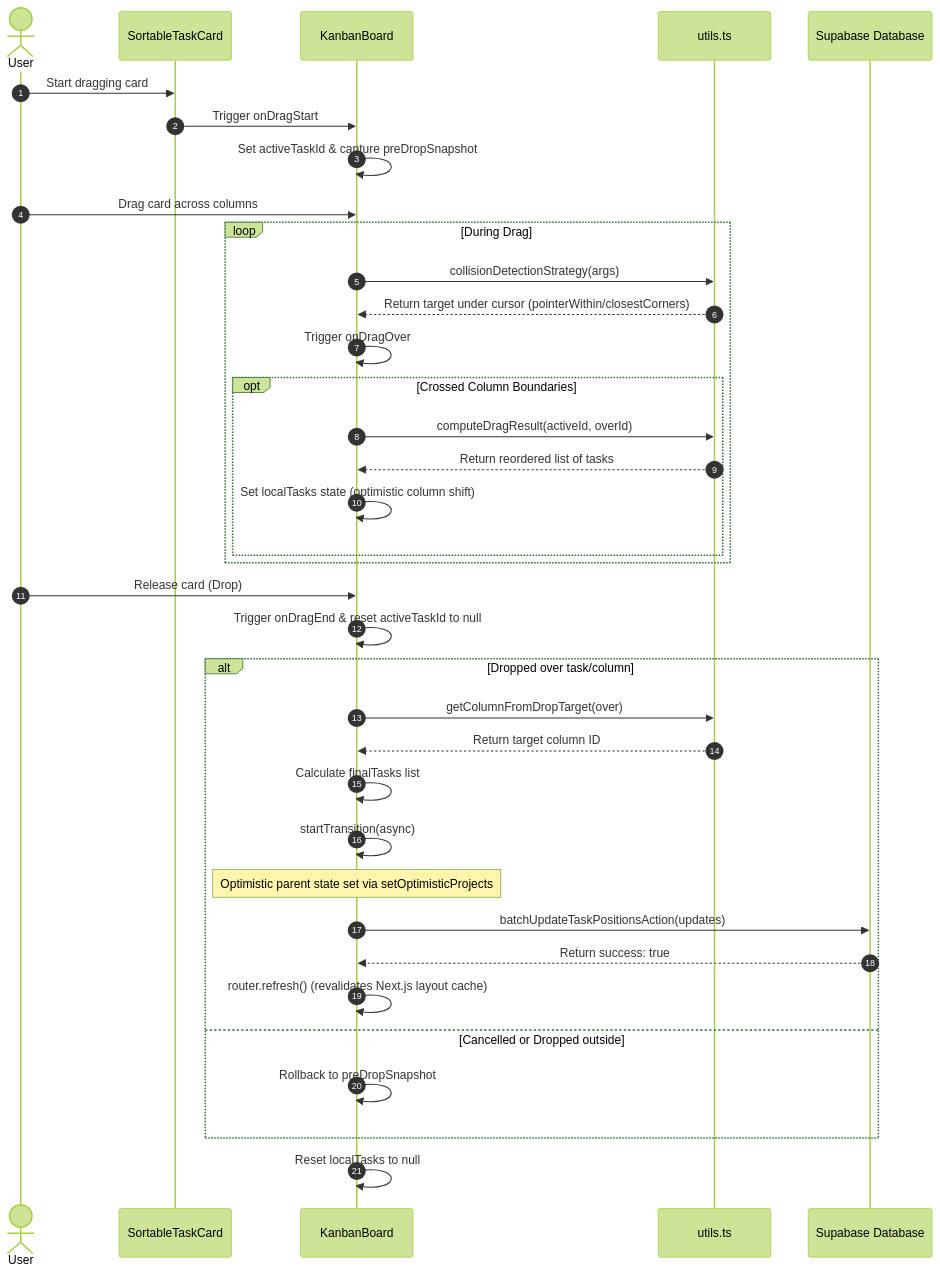
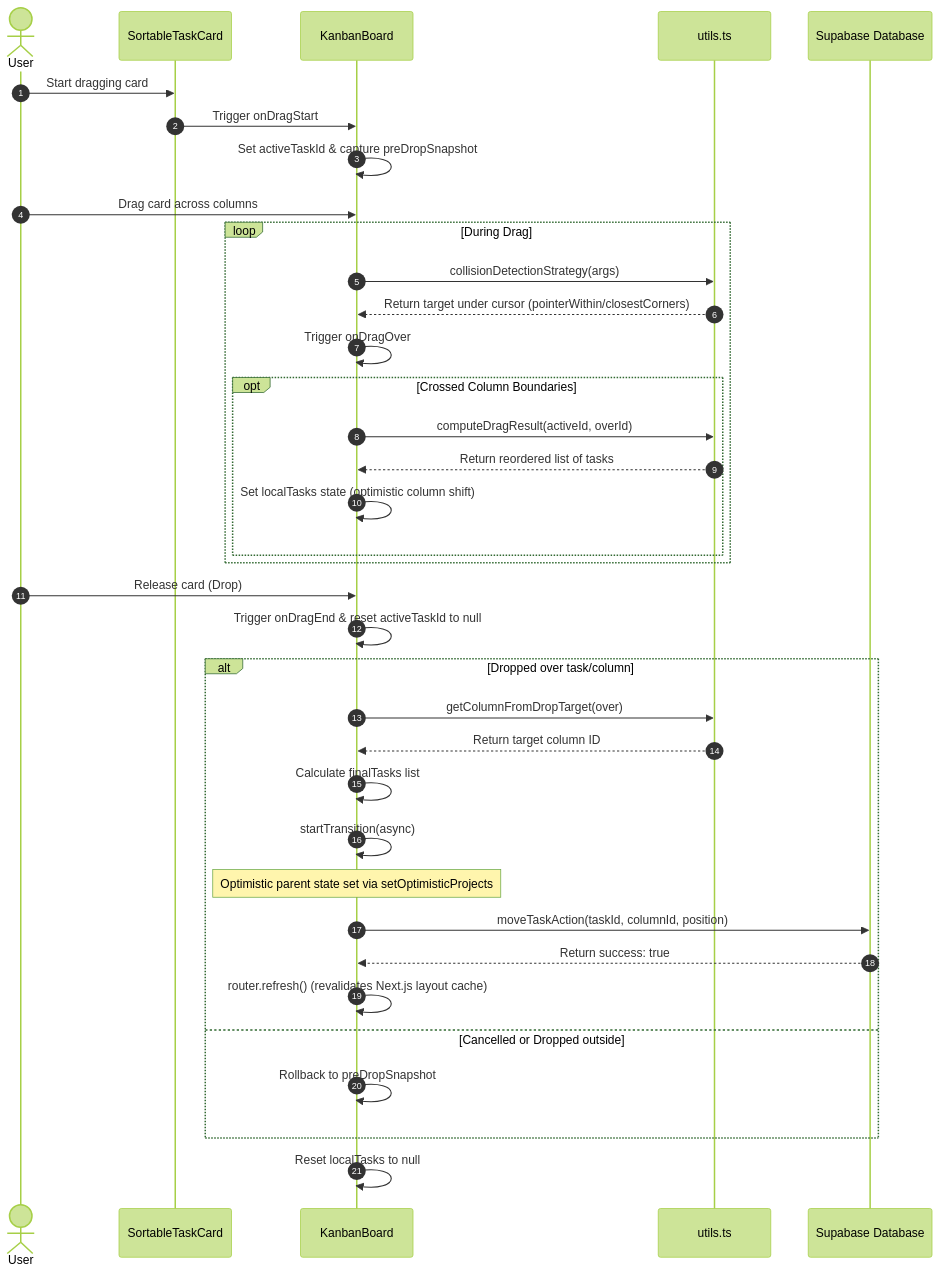
The diagram in plan/Kanban-Implementation.md (anirudhy-jpg/TaskPilot), drawn with Mermaid (forest theme) before and after one commit. The commit also changed other lines of this file and 43 other files, not shown here.

````diff
--- a/plan/Kanban-Implementation.md
+++ b/plan/Kanban-Implementation.md
@@ -28,43 +28,43 @@
 ```mermaid
 sequenceDiagram
     autonumber
     actor User
     participant Card as SortableTaskCard
     participant Board as KanbanBoard
     participant Utils as utils.ts
     participant DB as Supabase Database
-
+  
     User->>Card: Start dragging card
     Card->>Board: Trigger onDragStart
     Board->>Board: Set activeTaskId & capture preDropSnapshot
     
     User->>Board: Drag card across columns
     loop During Drag
         Board->>Utils: collisionDetectionStrategy(args)
         Utils-->>Board: Return target under cursor (pointerWithin/closestCorners)
         Board->>Board: Trigger onDragOver
         opt Crossed Column Boundaries
             Board->>Utils: computeDragResult(activeId, overId)
             Utils-->>Board: Return reordered list of tasks
             Board->>Board: Set localTasks state (optimistic column shift)
         end
     end
 
     User->>Board: Release card (Drop)
     Board->>Board: Trigger onDragEnd & reset activeTaskId to null
     
     alt Dropped over task/column
         Board->>Utils: getColumnFromDropTarget(over)
         Utils-->>Board: Return target column ID
         Board->>Board: Calculate finalTasks list
         Board->>Board: startTransition(async)
         Note over Board: Optimistic parent state set via setOptimisticProjects
-        Board->>DB: batchUpdateTaskPositionsAction(updates)
+        Board->>DB: moveTaskAction(taskId, columnId, position)
         DB-->>Board: Return success: true
         Board->>Board: router.refresh() (revalidates Next.js layout cache)
     else Cancelled or Dropped outside
         Board->>Board: Rollback to preDropSnapshot
     end
     
     Board->>Board: Reset localTasks to null
 ```
````
